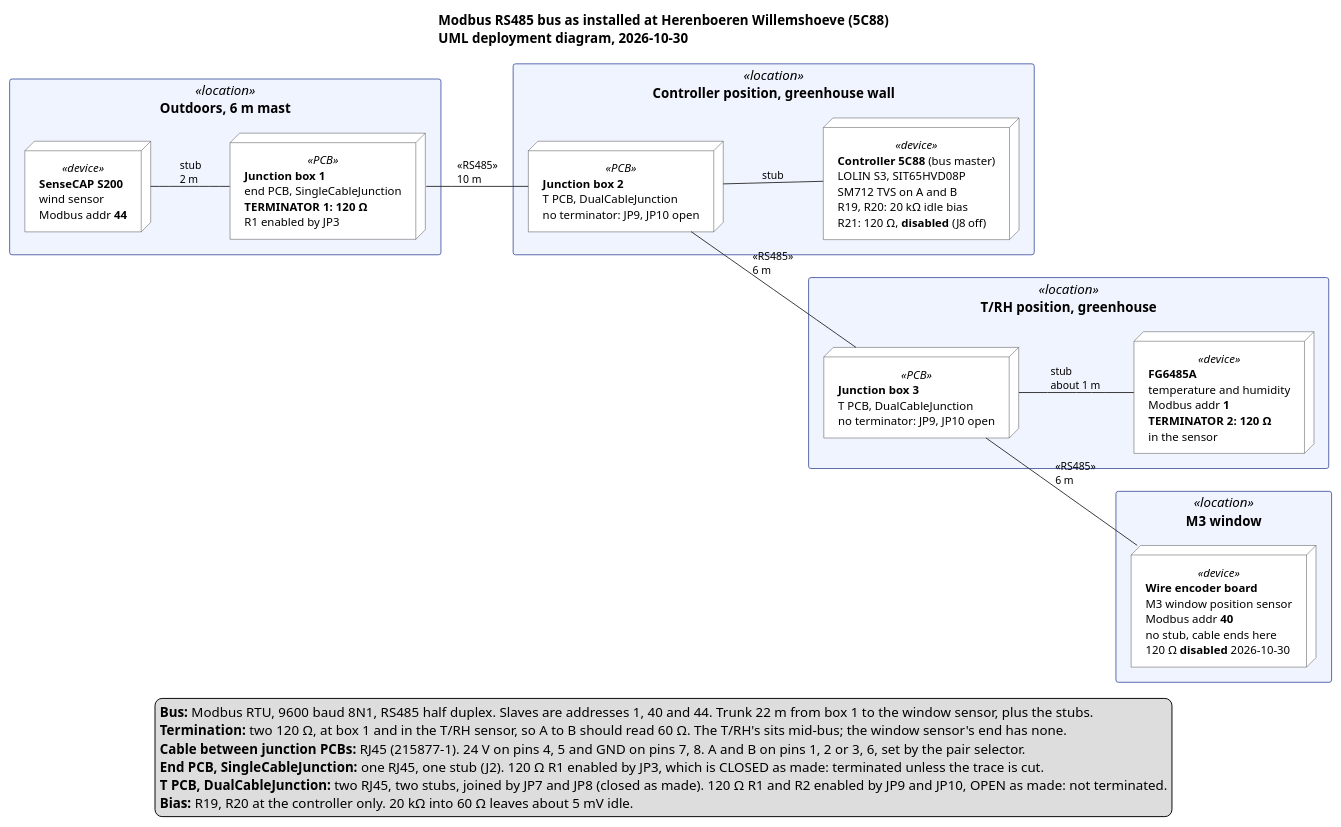
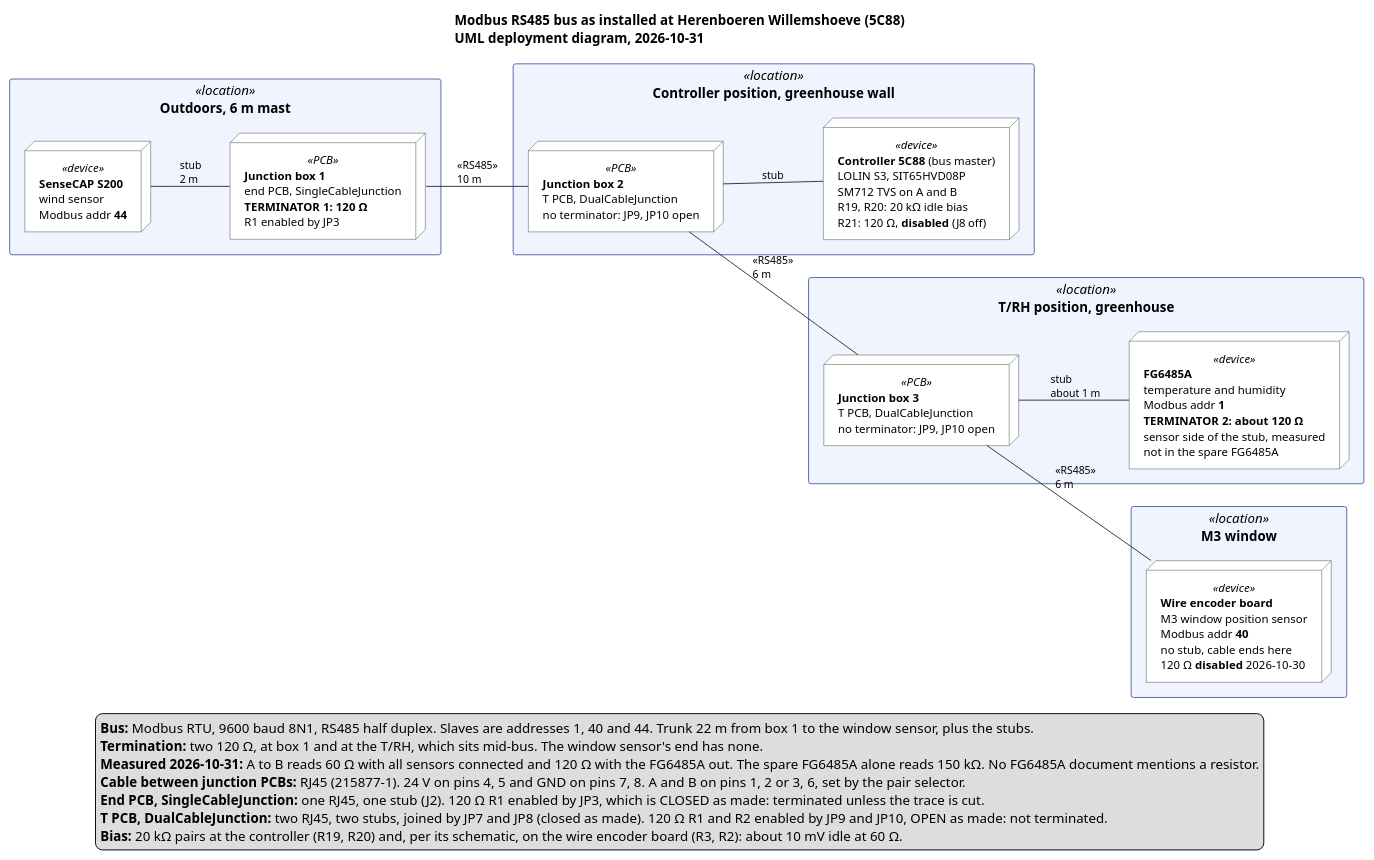
The diagram in design/modbusBusInstallation5C88.puml (pe1mew/greenhouse-Controller), drawn with PlantUML before and after one commit. The commit also changed 3 other files, not shown here.

First line of the commit message:
docs(5C88): M3's motor knocks the bus out; what sits at the T/RH, measured

```diff
--- a/design/modbusBusInstallation5C88.puml
+++ b/design/modbusBusInstallation5C88.puml
@@ -1,65 +1,66 @@
 @startuml modbusBusInstallation5C88
 ' ============================================================
 ' Greenhouse Ventilation Controller
 ' UML deployment diagram: the Modbus RS485 bus as installed at
 ' Herenboeren Willemshoeve (5C88)
 '
 ' Layout, lengths and terminator positions: the operator,
 ' 2026-10-30. Board details: hardware/ModBusRS485*CableJunction/pcb.
 ' Controller details: design/technicalHardwareDesignSpecification.md 4.3.
 ' PCB types follow from each box's connections.
 ' ============================================================
 
-title Modbus RS485 bus as installed at Herenboeren Willemshoeve (5C88)\nUML deployment diagram, 2026-10-30
+title Modbus RS485 bus as installed at Herenboeren Willemshoeve (5C88)\nUML deployment diagram, 2026-10-31
 
 left to right direction
 skinparam defaultTextAlignment left
 skinparam shadowing false
 skinparam ArrowFontSize 11
 skinparam ArrowColor #333333
 skinparam node {
   BackgroundColor #FFFFFF
   BorderColor #444444
   FontSize 12
 }
 skinparam rectangle {
   BackgroundColor #F0F4FF
   BorderColor #5566AA
 }
 
 rectangle "Outdoors, 6 m mast" <<location>> as MAST {
   node "**SenseCAP S200**\nwind sensor\nModbus addr **44**" <<device>> as S200
   node "**Junction box 1**\nend PCB, SingleCableJunction\n**TERMINATOR 1: 120 Ω**\nR1 enabled by JP3" <<PCB>> as BOX1
 }
 
 rectangle "Controller position, greenhouse wall" <<location>> as CTRLPOS {
   node "**Junction box 2**\nT PCB, DualCableJunction\nno terminator: JP9, JP10 open" <<PCB>> as BOX2
   node "**Controller 5C88** (bus master)\nLOLIN S3, SIT65HVD08P\nSM712 TVS on A and B\nR19, R20: 20 kΩ idle bias\nR21: 120 Ω, **disabled** (J8 off)" <<device>> as CTRL
 }
 
 rectangle "T/RH position, greenhouse" <<location>> as THPOS {
   node "**Junction box 3**\nT PCB, DualCableJunction\nno terminator: JP9, JP10 open" <<PCB>> as BOX3
-  node "**FG6485A**\ntemperature and humidity\nModbus addr **1**\n**TERMINATOR 2: 120 Ω**\nin the sensor" <<device>> as FG
+  node "**FG6485A**\ntemperature and humidity\nModbus addr **1**\n**TERMINATOR 2: about 120 Ω**\nsensor side of the stub, measured\nnot in the spare FG6485A" <<device>> as FG
 }
 
 rectangle "M3 window" <<location>> as M3POS {
   node "**Wire encoder board**\nM3 window position sensor\nModbus addr **40**\nno stub, cable ends here\n120 Ω **disabled** 2026-10-30" <<device>> as ENC
 }
 
 S200 -- BOX1 : stub\n2 m
 BOX1 -- BOX2 : <<RS485>>\n10 m
 BOX2 -- CTRL : stub
 BOX2 -- BOX3 : <<RS485>>\n6 m
 BOX3 -- FG : stub\nabout 1 m
 BOX3 -- ENC : <<RS485>>\n6 m
 
 legend bottom
   **Bus:** Modbus RTU, 9600 baud 8N1, RS485 half duplex. Slaves are addresses 1, 40 and 44. Trunk 22 m from box 1 to the window sensor, plus the stubs.
-  **Termination:** two 120 Ω, at box 1 and in the T/RH sensor, so A to B should read 60 Ω. The T/RH's sits mid-bus; the window sensor's end has none.
+  **Termination:** two 120 Ω, at box 1 and at the T/RH, which sits mid-bus. The window sensor's end has none.
+  **Measured 2026-10-31:** A to B reads 60 Ω with all sensors connected and 120 Ω with the FG6485A out. The spare FG6485A alone reads 150 kΩ. No FG6485A document mentions a resistor.
   **Cable between junction PCBs:** RJ45 (215877-1). 24 V on pins 4, 5 and GND on pins 7, 8. A and B on pins 1, 2 or 3, 6, set by the pair selector.
   **End PCB, SingleCableJunction:** one RJ45, one stub (J2). 120 Ω R1 enabled by JP3, which is CLOSED as made: terminated unless the trace is cut.
   **T PCB, DualCableJunction:** two RJ45, two stubs, joined by JP7 and JP8 (closed as made). 120 Ω R1 and R2 enabled by JP9 and JP10, OPEN as made: not terminated.
-  **Bias:** R19, R20 at the controller only. 20 kΩ into 60 Ω leaves about 5 mV idle.
+  **Bias:** 20 kΩ pairs at the controller (R19, R20) and, per its schematic, on the wire encoder board (R3, R2): about 10 mV idle at 60 Ω.
 endlegend
 
 @enduml
```
